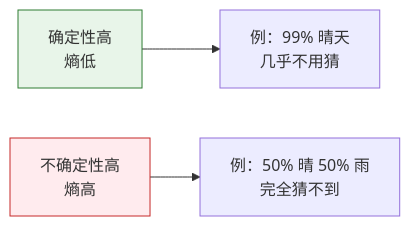
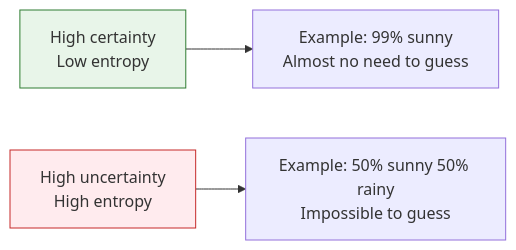
The first of 2 diagrams in docs/ch04-ai-math/ch02-probability/04-information-theory.md (oudbiao/AI-fullstack-course), drawn with Mermaid before and after one commit. The commit also changed other lines of this file and 1406 other files, not shown here.

````diff
--- a/docs/ch04-ai-math/ch02-probability/04-information-theory.md
+++ b/docs/ch04-ai-math/ch02-probability/04-information-theory.md
@@ -167,8 +167,8 @@
 ```mermaid
 flowchart LR
-    A["确定性高<br/>熵低"] --> E["例：99% 晴天<br/>几乎不用猜"]
-    B["不确定性高<br/>熵高"] --> F["例：50% 晴 50% 雨<br/>完全猜不到"]
+    A["High certainty<br/>Low entropy"] --> E["Example: 99% sunny<br/>Almost no need to guess"]
+    B["High uncertainty<br/>High entropy"] --> F["Example: 50% sunny 50% rainy<br/>Impossible to guess"]
 
     style A fill:#e8f5e9,stroke:#2e7d32,color:#333
     style B fill:#ffebee,stroke:#c62828,color:#333
 ```
````
